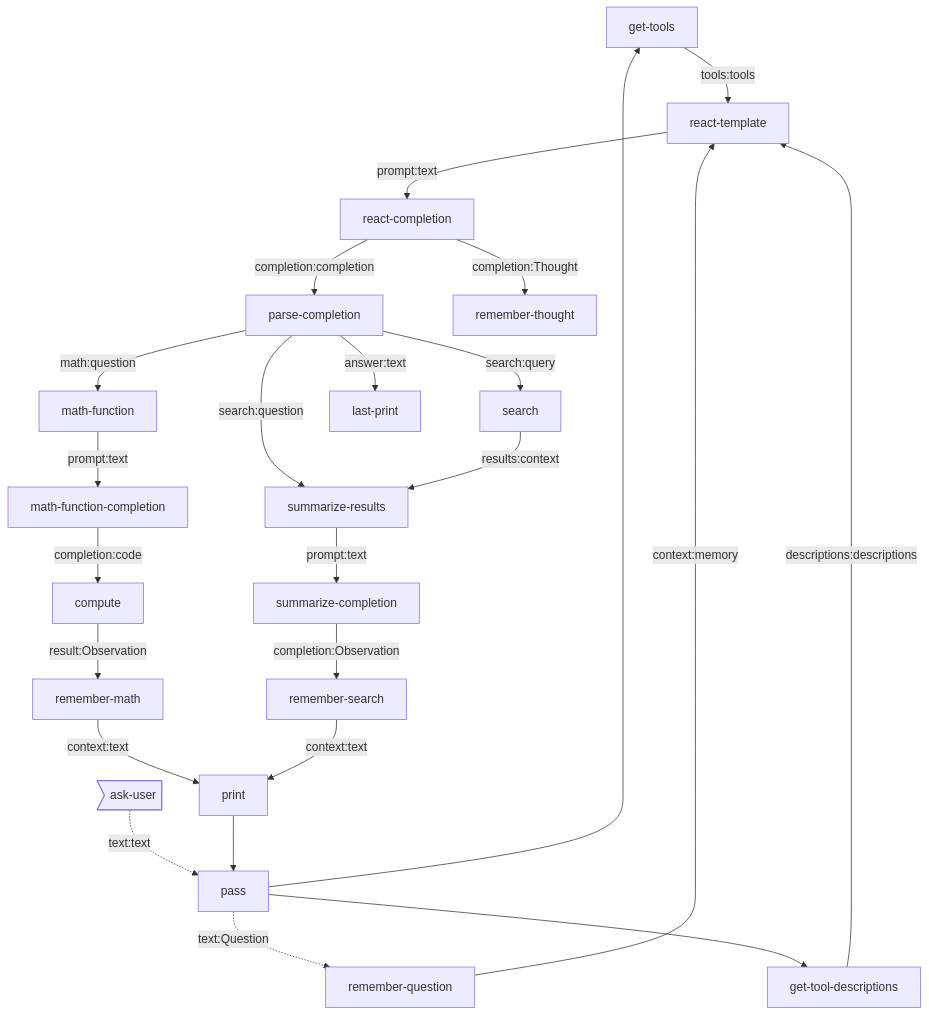
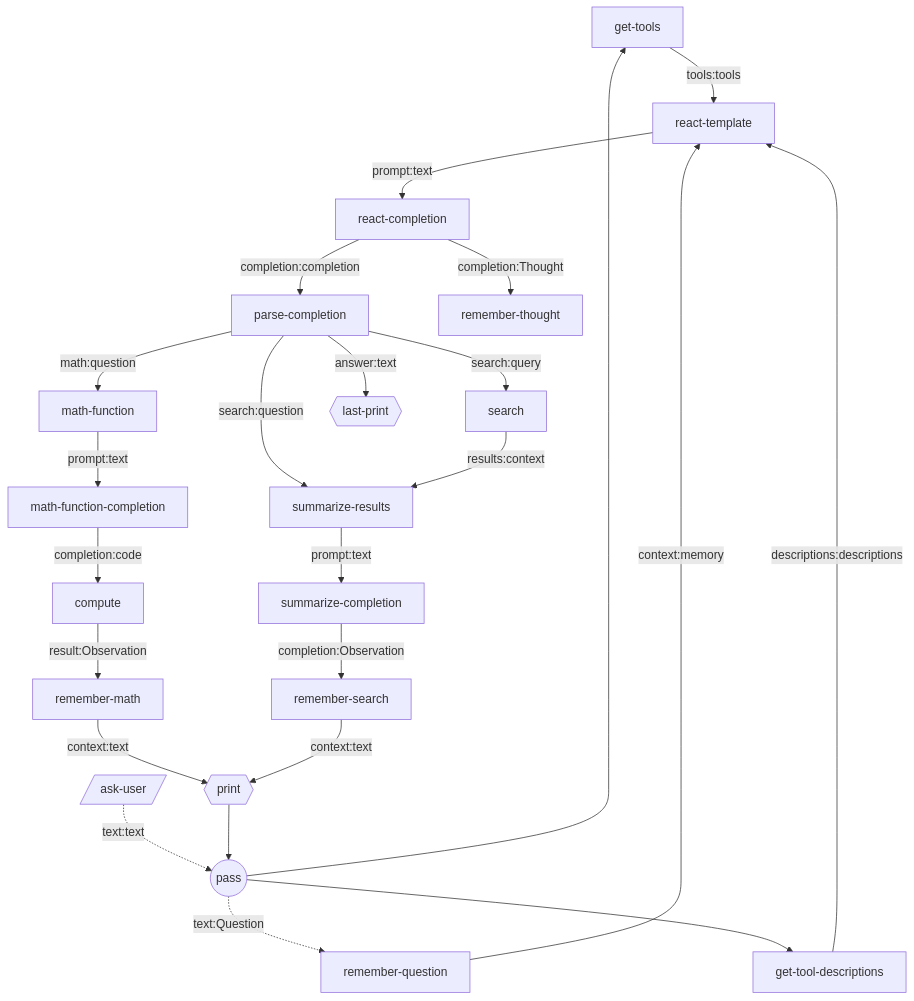
One commit to breadboard-ai/breadboard changed the diagram in seeds/graph-playground/docs/graphs/react.md. Above: the diagram before and after it, drawn with Mermaid. The commit also changed 11 other files, not shown here.

Commit message:
[graph-playground] Update diagrams.

````diff
--- a/seeds/graph-playground/docs/graphs/react.md
+++ b/seeds/graph-playground/docs/graphs/react.md
@@ -4,26 +4,26 @@
 ```mermaid
 graph TD;
 get-tools -- tools:tools --> react-template
 get-tool-descriptions -- descriptions:descriptions --> react-template
-ask-user>ask-user] -. text:text .-> pass
-pass --> get-tools
-pass -. text:Question .-> remember-question
+ask-user[/ask-user/] -. text:text .-> pass((pass))
+pass((pass)) --> get-tools
+pass((pass)) -. text:Question .-> remember-question
 remember-question -- context:memory --> react-template
-pass --> get-tool-descriptions
+pass((pass)) --> get-tool-descriptions
 react-template -- prompt:text --> react-completion
 react-completion -- completion:completion --> parse-completion
 react-completion -- completion:Thought --> remember-thought
 parse-completion -- search:query --> search
 parse-completion -- math:question --> math-function
 parse-completion -- search:question --> summarize-results
 search -- results:context --> summarize-results
 summarize-results -- prompt:text --> summarize-completion
 math-function -- prompt:text --> math-function-completion
 math-function-completion -- completion:code --> compute
 compute -- result:Observation --> remember-math
-remember-math -- context:text --> print
+remember-math -- context:text --> print{{print}}
 summarize-completion -- completion:Observation --> remember-search
-remember-search -- context:text --> print
-print --> pass
-parse-completion -- answer:text --> last-print
+remember-search -- context:text --> print{{print}}
+print{{print}} --> pass((pass))
+parse-completion -- answer:text --> last-print{{last-print}}
 ```
````
